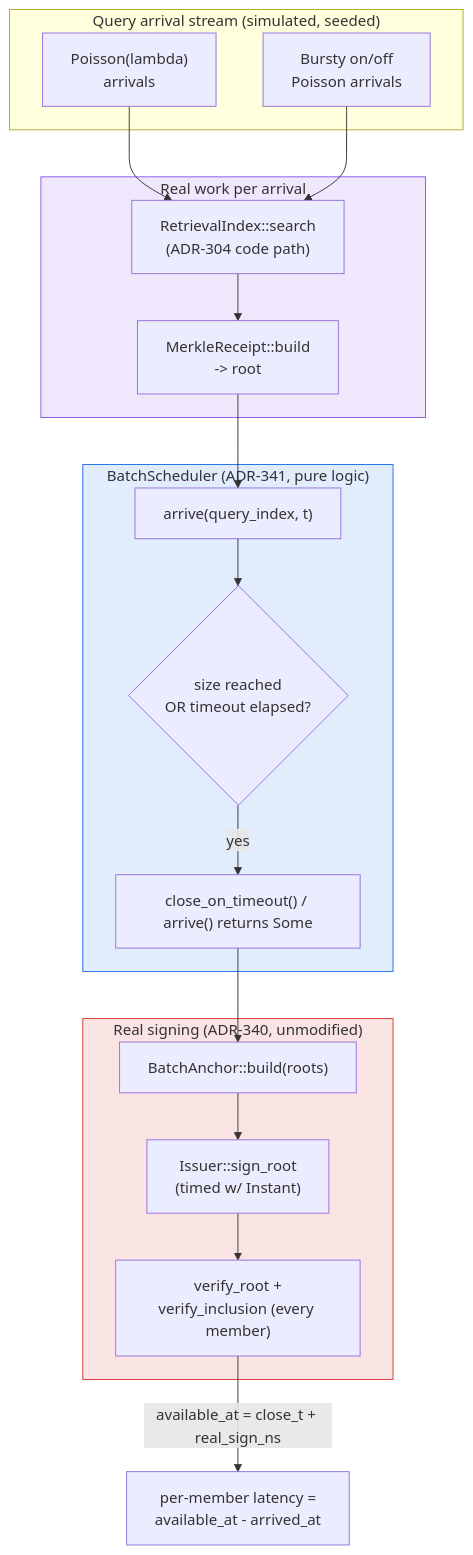
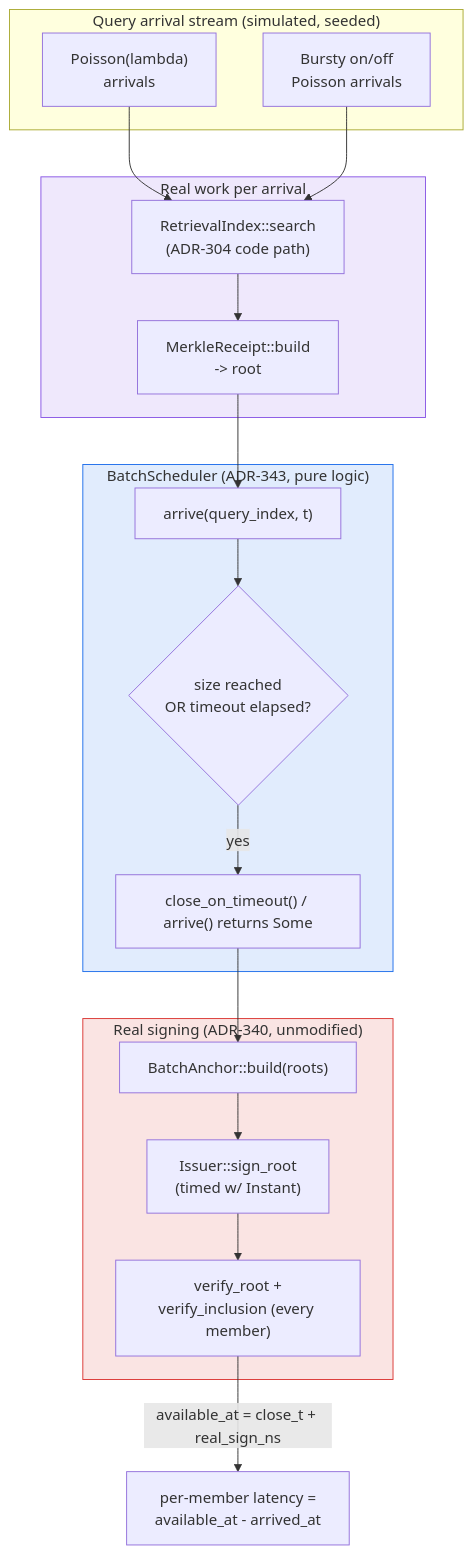
Before and after one commit to ruvnet/RuVector: the diagram in docs/research/nightly/2026-09-01-signed-receipt-batch-fill-latency/README.md, drawn with Mermaid. The commit also changed other lines of this file and 3 other files, not shown here.

````diff
--- a/docs/research/nightly/2026-09-01-signed-receipt-batch-fill-latency/README.md
+++ b/docs/research/nightly/2026-09-01-signed-receipt-batch-fill-latency/README.md
@@ -207,33 +207,33 @@
 ```mermaid
 flowchart TD
     subgraph Arrivals["Query arrival stream (simulated, seeded)"]
         P["Poisson(lambda)\narrivals"]
         BU["Bursty on/off\nPoisson arrivals"]
     end
 
     subgraph RealWork["Real work per arrival"]
         SR["RetrievalIndex::search\n(ADR-304 code path)"]
         MR["MerkleReceipt::build\n-> root"]
     end
 
-    subgraph Scheduler["BatchScheduler (ADR-341, pure logic)"]
+    subgraph Scheduler["BatchScheduler (ADR-343, pure logic)"]
         AR["arrive(query_index, t)"]
         TO{"size reached\nOR timeout elapsed?"}
         CL["close_on_timeout() / arrive() returns Some"]
     end
 
     subgraph Signing["Real signing (ADR-340, unmodified)"]
         BA["BatchAnchor::build(roots)"]
         SG["Issuer::sign_root\n(timed w/ Instant)"]
         VF["verify_root +\nverify_inclusion (every member)"]
     end
 
     P --> SR --> MR --> AR
     BU --> SR
     AR --> TO -->|yes| CL --> BA --> SG --> VF
     VF -->|available_at = close_t + real_sign_ns| Latency["per-member latency =\navailable_at - arrived_at"]
 
     style Scheduler fill:#1f6feb22,stroke:#1f6feb
     style Signing fill:#da363322,stroke:#da3633
     style RealWork fill:#8957e522,stroke:#8957e5
 ```
````
